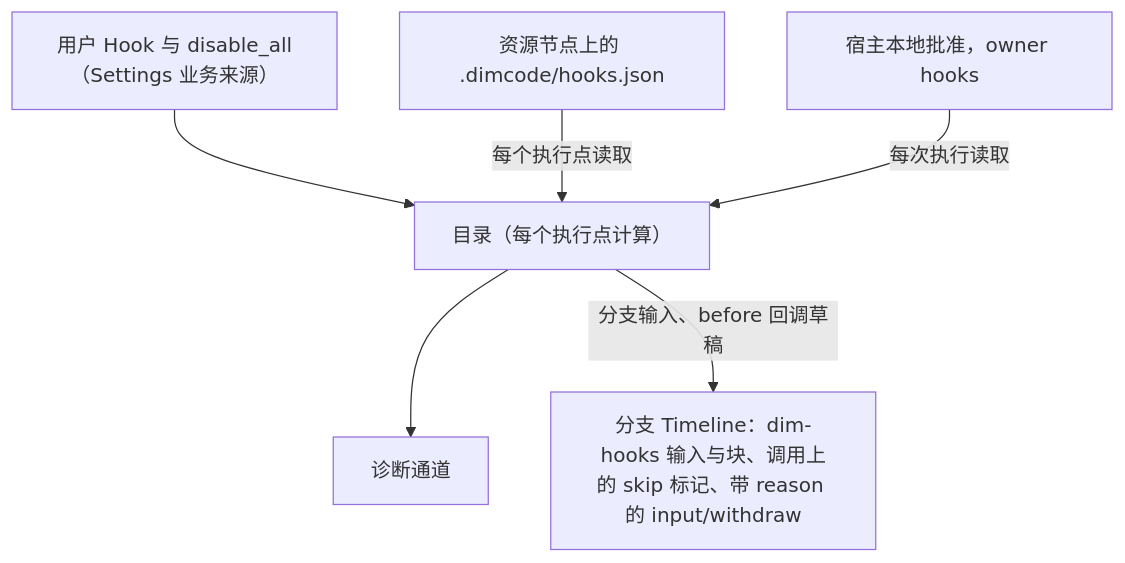
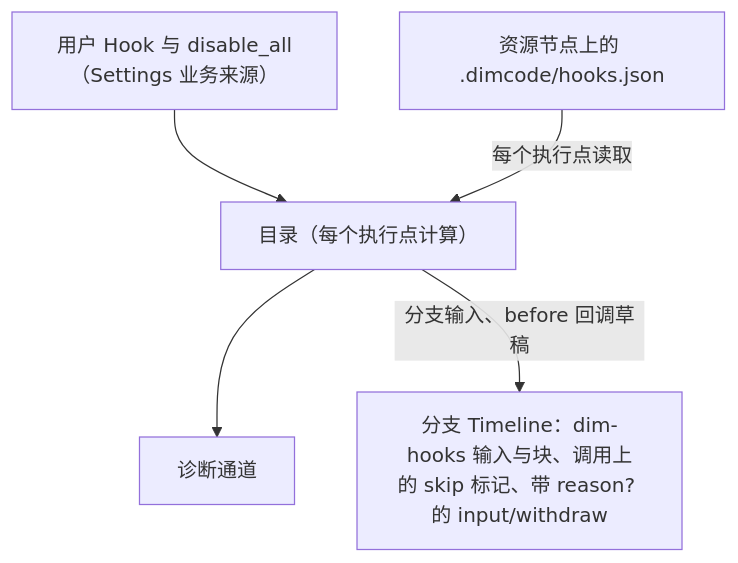
Before and after one commit to CoutinhoTTS/dim-agent: the second of 7 diagrams in docs/zh/design/plugins/Hooks.md, drawn with Mermaid. The commit also changed other lines of this file and 40 other files, not shown here.

````diff
--- a/docs/zh/design/plugins/Hooks.md
+++ b/docs/zh/design/plugins/Hooks.md
@@ -53,14 +53,12 @@
 ```mermaid
 flowchart TB
   UserCfg["用户 Hook 与 disable_all（Settings 业务来源）"]
   ProjFile["资源节点上的 .dimcode/hooks.json"]
-  Grants["宿主本地批准，owner hooks"]
   Catalog["目录（每个执行点计算）"]
   Diag["诊断通道"]
-  TL["分支 Timeline：dim-hooks 输入与块、调用上的 skip 标记、带 reason 的 input/withdraw"]
+  TL["分支 Timeline：dim-hooks 输入与块、调用上的 skip 标记、带 reason? 的 input/withdraw"]
   UserCfg --> Catalog
   ProjFile -->|"每个执行点读取"| Catalog
-  Grants -->|"每次执行读取"| Catalog
   Catalog --> Diag
   Catalog -->|"分支输入、before 回调草稿"| TL
 ```
````
